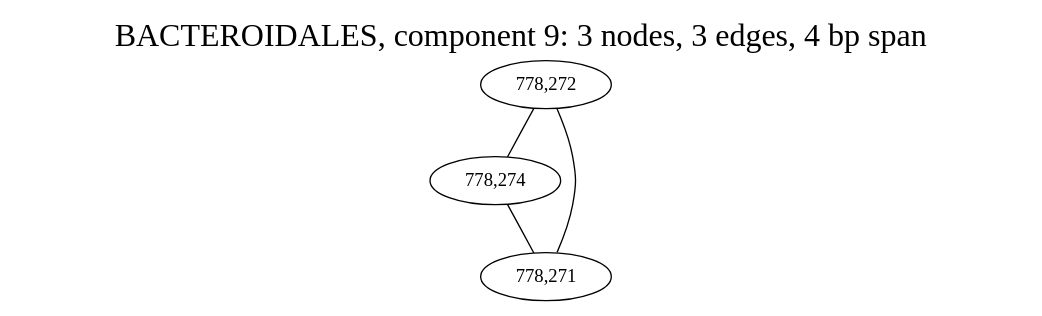
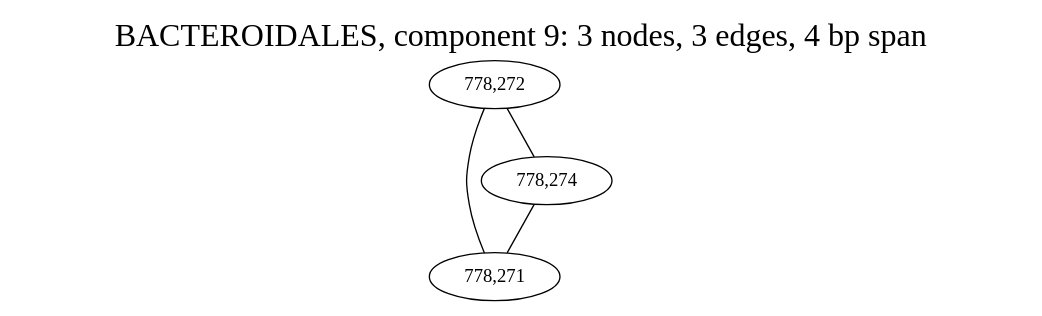
Before and after one commit to fedarko/sheepgut: the diagram in notebooks/graphs/BACTEROIDALES_cc9.gv, drawn with Graphviz. The commit also changed other lines of this file and 57 other files, not shown here.

```diff
--- a/notebooks/graphs/BACTEROIDALES_cc9.gv
+++ b/notebooks/graphs/BACTEROIDALES_cc9.gv
@@ -1,14 +1,14 @@
 graph BACTEROIDALES_cc9 {
 	overlap="prism50";
 	outputorder="edgesfirst";
 	node [style="filled"];
 	label="BACTEROIDALES, component 9: 3 nodes, 3 edges, 4 bp span";
 	labelloc="t";
 	fontsize=24;
+	"778,271" [fillcolor="#ffffff", fontcolor="#000000"];
 	"778,272" [fillcolor="#ffffff", fontcolor="#000000"];
 	"778,274" [fillcolor="#ffffff", fontcolor="#000000"];
-	"778,271" [fillcolor="#ffffff", fontcolor="#000000"];
 	"778,272" -- "778,271";
 	"778,272" -- "778,274";
 	"778,274" -- "778,271";
 }
```
